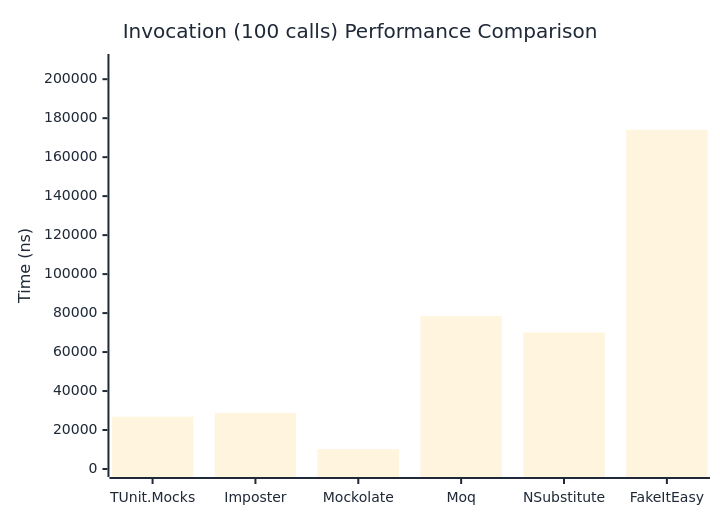
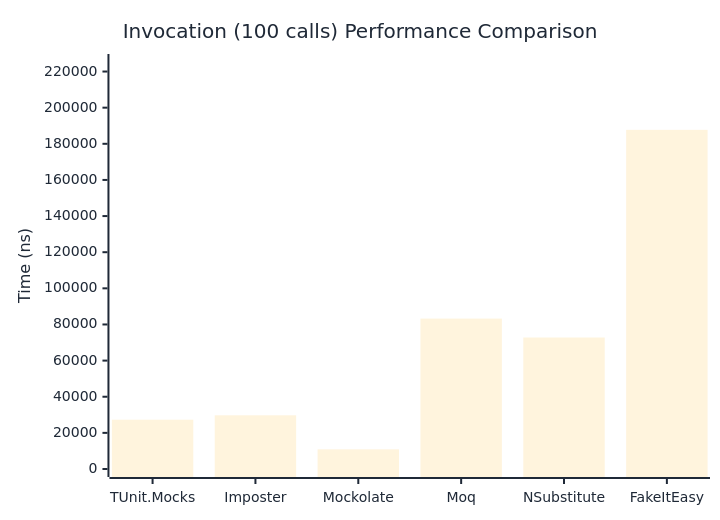
One commit to thomhurst/TUnit changed the third of 3 diagrams in docs/docs/benchmarks/mocks/Invocation.md. Above: the diagram before and after it, drawn with Mermaid. The commit also changed other lines of this file and 14 other files, not shown here.

````diff
--- a/docs/docs/benchmarks/mocks/Invocation.md
+++ b/docs/docs/benchmarks/mocks/Invocation.md
@@ -112,27 +112,27 @@
 ```mermaid
 %%{init: {
   'theme':'base',
   'themeVariables': {
     'primaryColor': '#2563eb',
     'primaryTextColor': '#1f2937',
     'primaryBorderColor': '#1e40af',
     'lineColor': '#6b7280',
     'secondaryColor': '#7c3aed',
     'tertiaryColor': '#dc2626',
     'background': '#ffffff',
     'pie1': '#2563eb',
     'pie2': '#7c3aed',
     'pie3': '#dc2626',
     'pie4': '#f59e0b',
     'pie5': '#10b981',
     'pie6': '#06b6d4',
     'pie7': '#ec4899',
     'pie8': '#6366f1'
   }
 }}%%
 xychart-beta
   title "Invocation (100 calls) Performance Comparison"
   x-axis ["TUnit.Mocks", "Imposter", "Mockolate", "Moq", "NSubstitute", "FakeItEasy"]
-  y-axis "Time (ns)" 0 --> 208823
-  bar [26851.62, 28832.42, 10184.5, 78426.76, 70037.52, 174019.15]
+  y-axis "Time (ns)" 0 --> 225278
+  bar [27285.3, 29727, 10893, 83250.9, 72782.9, 187730.9]
 ```
````
